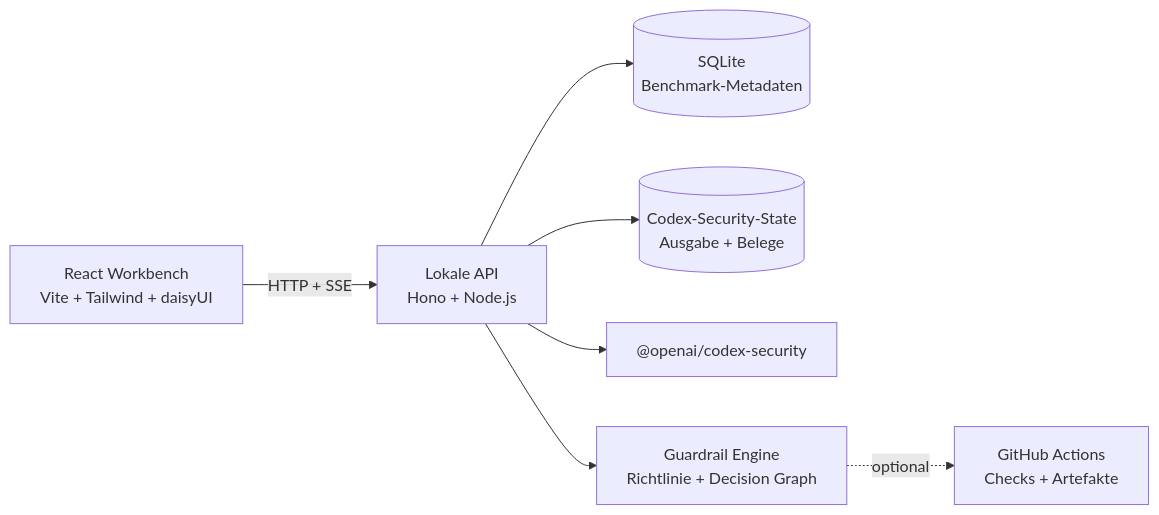
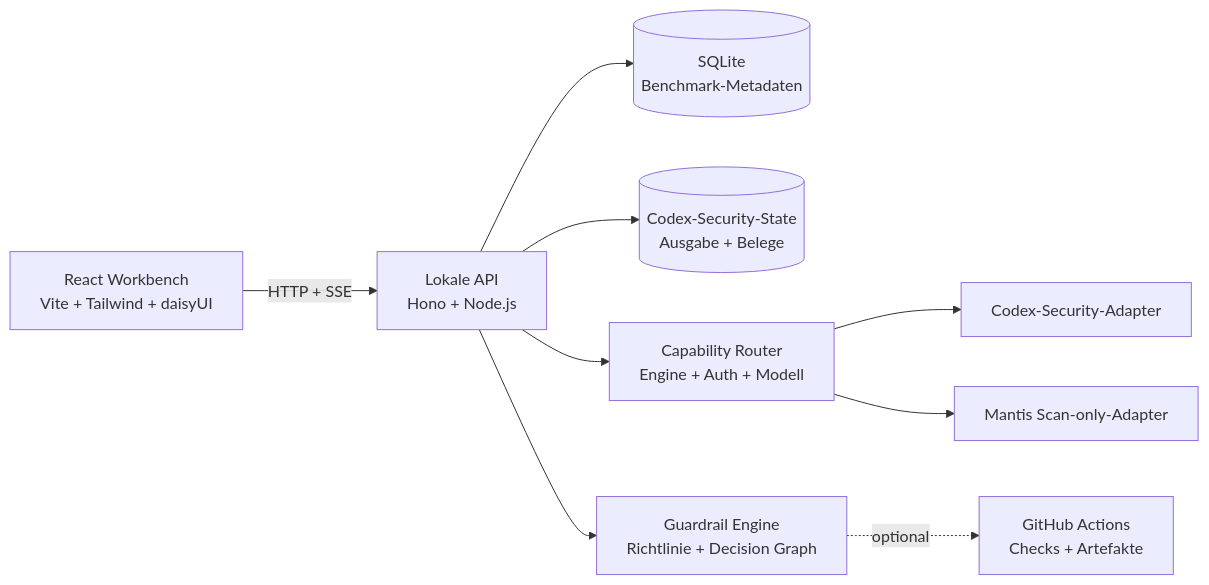
The diagram in README.de.md (OkamiOps/okami-sentinel), drawn with Mermaid before and after one commit. The commit also changed other lines of this file and 35 other files, not shown here.

Commit message:
feat: add capability-aware scanner routing

````diff
--- a/README.de.md
+++ b/README.de.md
@@ -73,17 +84,21 @@
 ```mermaid
 flowchart LR
     UI["React Workbench\nVite + Tailwind + daisyUI"]
     API["Lokale API\nHono + Node.js"]
     DB[("SQLite\nBenchmark-Metadaten")]
     STATE[("Codex-Security-State\nAusgabe + Belege")]
-    SCANNER["@openai/codex-security"]
+    ROUTER["Capability Router\nEngine + Auth + Modell"]
+    SCANNER["Codex-Security-Adapter"]
+    MANTIS["Mantis Scan-only-Adapter"]
     GATE["Guardrail Engine\nRichtlinie + Decision Graph"]
     GH["GitHub Actions\nChecks + Artefakte"]
 
     UI -->|HTTP + SSE| API
     API --> DB
     API --> STATE
-    API --> SCANNER
+    API --> ROUTER
+    ROUTER --> SCANNER
+    ROUTER --> MANTIS
     API --> GATE
     GATE -. optional .-> GH
 ```
````
